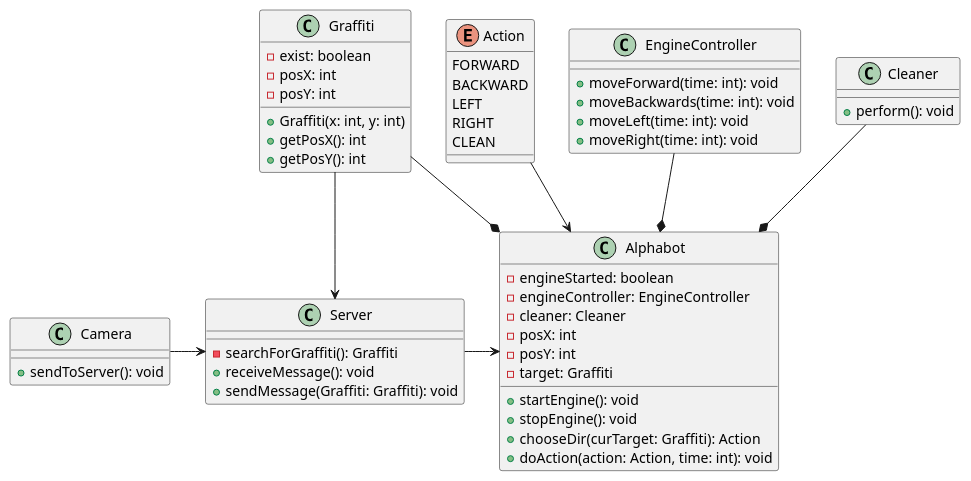
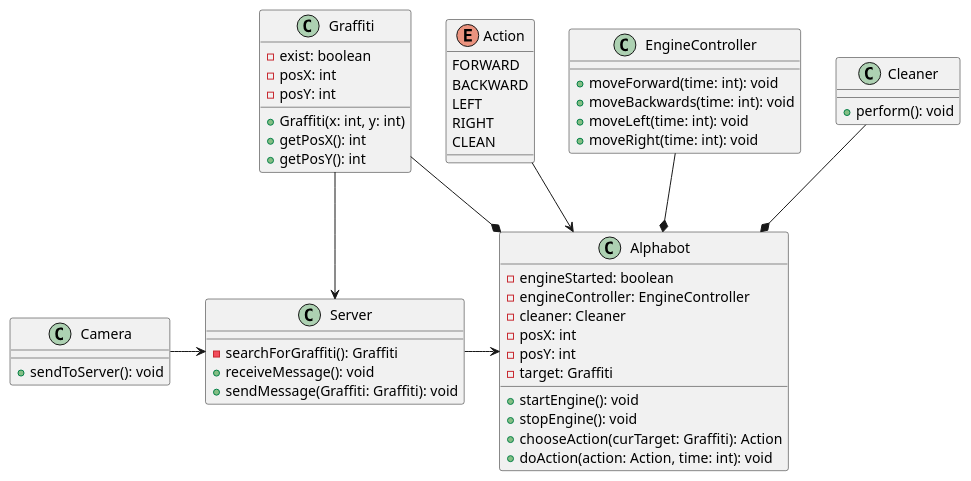
One commit to kolganovr/Alphabot changed the diagram in plantUML.wsd. Above: the diagram before and after it, drawn with PlantUML. The commit also changed 2 other files, not shown here.

Commit message:
added comments + chooseDir rename

```diff
--- a/plantUML.wsd
+++ b/plantUML.wsd
@@ -1,59 +1,59 @@
 @startuml Alphabot
 enum Action{
     FORWARD
     BACKWARD
     LEFT
     RIGHT
     CLEAN
 }
 
 class Alphabot {
     -engineStarted: boolean
     -engineController: EngineController
     -cleaner: Cleaner
     -posX: int
     -posY: int
     -target: Graffiti
     +startEngine(): void
     +stopEngine(): void
-    +chooseDir(curTarget: Graffiti): Action
+    +chooseAction(curTarget: Graffiti): Action
     +doAction(action: Action, time: int): void
 }
 
 class EngineController{
     +moveForward(time: int): void
     +moveBackwards(time: int): void
     +moveLeft(time: int): void
     +moveRight(time: int): void
 }
 
 class Cleaner {
     +perform(): void
 }
 
 class Camera {
     +sendToServer(): void
 }
 
 class Server {
     -searchForGraffiti(): Graffiti
     +receiveMessage(): void
     +sendMessage(Graffiti: Graffiti): void
 }
 
 class Graffiti{
     -exist: boolean
     -posX: int
     -posY: int
     +Graffiti(x: int, y: int)
     +getPosX(): int
     +getPosY(): int
 }
 EngineController --* Alphabot
 Cleaner --* Alphabot
 Graffiti --* Alphabot
 Action --> Alphabot
 Graffiti --> Server
 Camera -> Server
 Server -> Alphabot
 @enduml
```
